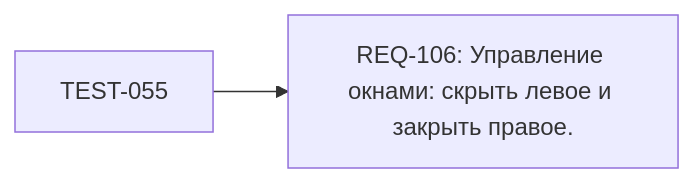
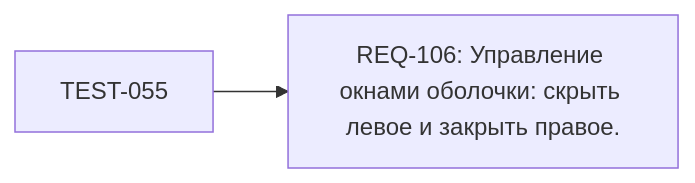
One commit to VanUST/dsh-vanust changed the diagram in state/views/map/REQ-106.mmd. Above: the diagram before and after it, drawn with Mermaid. The commit also changed 68 other files, not shown here.

```diff
--- a/state/views/map/REQ-106.mmd
+++ b/state/views/map/REQ-106.mmd
@@ -1,4 +1,4 @@
 %% GENERATED — DO NOT EDIT. REQ REQ-106
 graph LR
-  REQ_106["REQ-106: Управление окнами: скрыть левое и закрыть правое."]
+  REQ_106["REQ-106: Управление окнами оболочки: скрыть левое и закрыть правое."]
   TEST_055["TEST-055"] --> REQ_106
```
